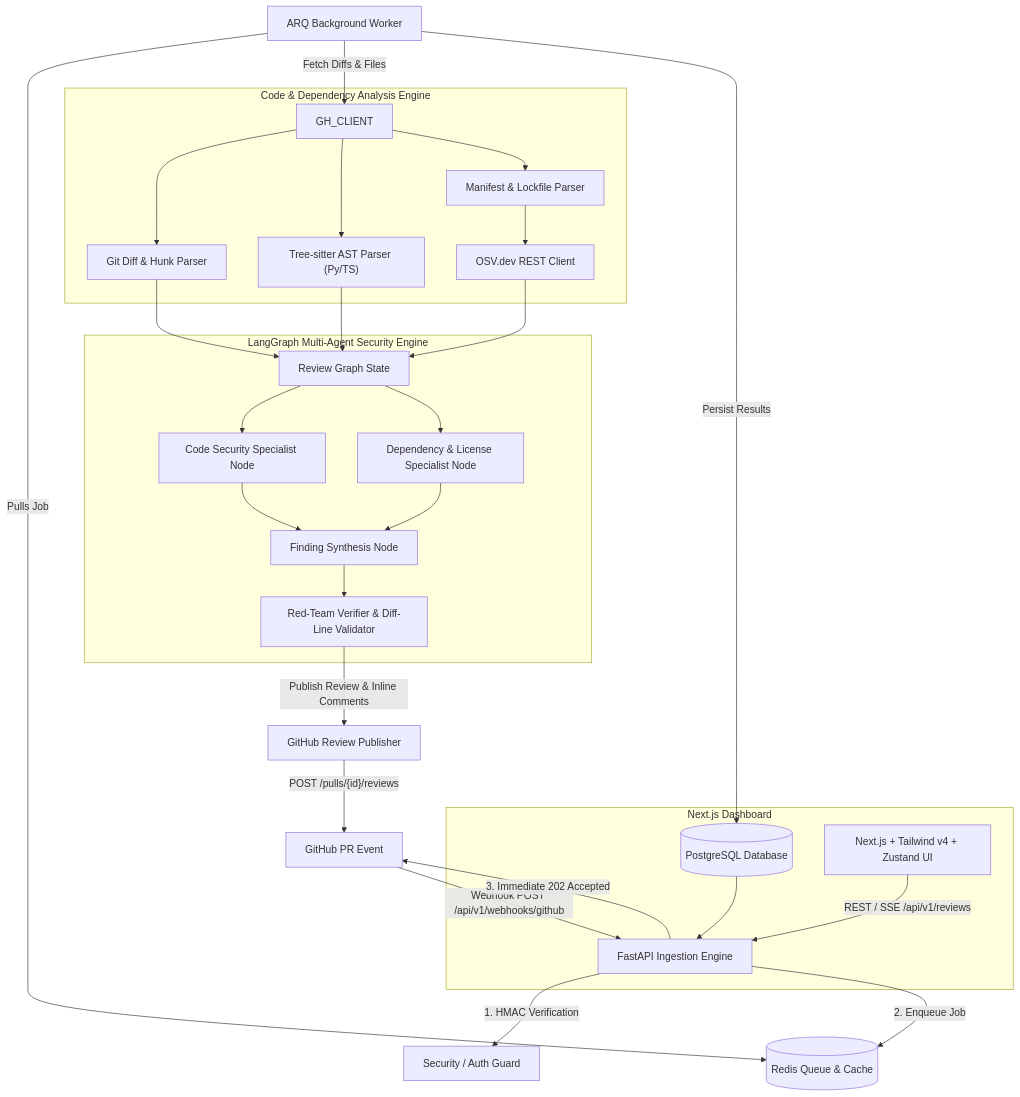
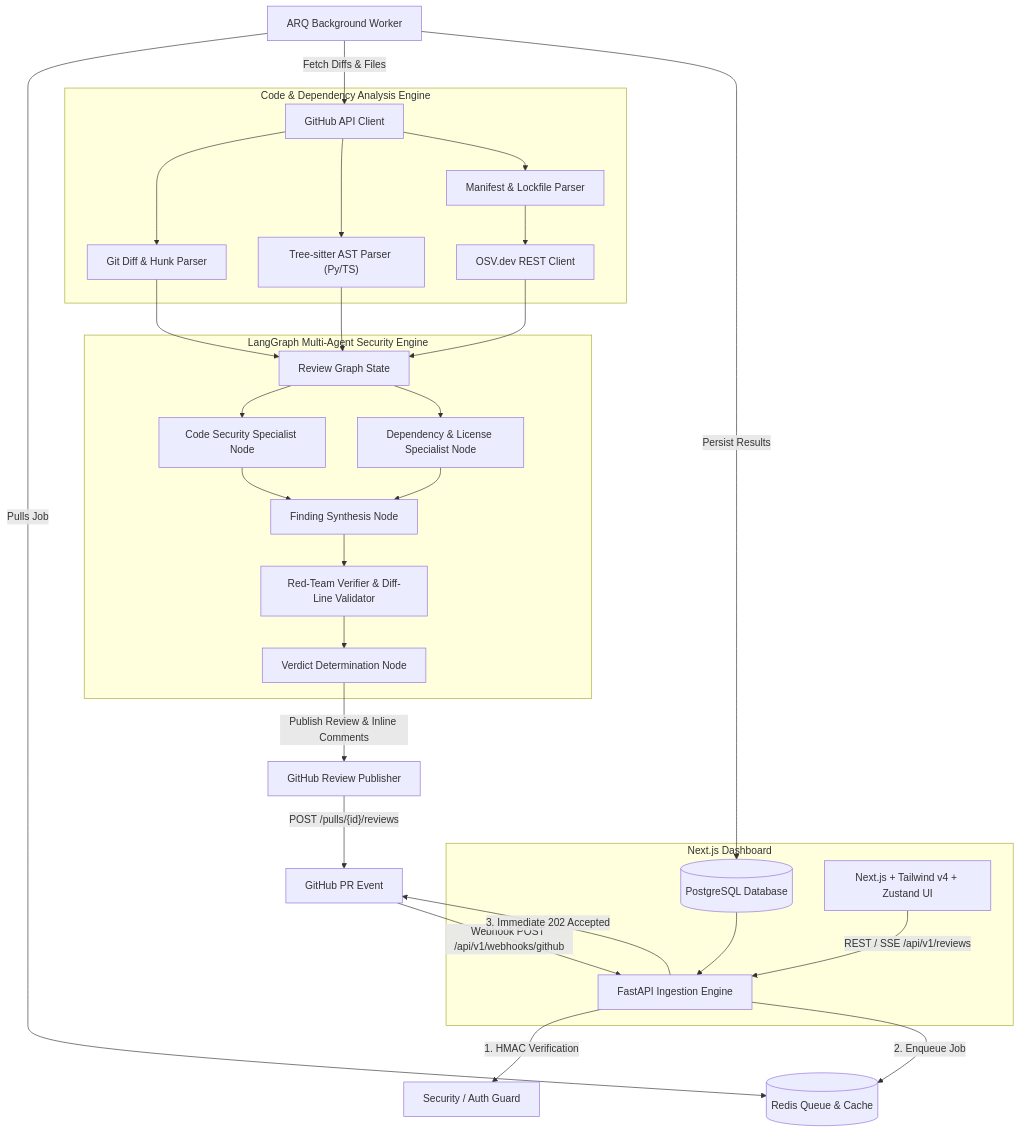
One commit to Vedant005/Anikastha changed the diagram in README.md. Above: the diagram before and after it, drawn with Mermaid. The commit also changed other lines of this file, not shown here.

````diff
--- a/README.md
+++ b/README.md
@@ -26,35 +27,36 @@
 ```mermaid
 flowchart TD
     GH[GitHub PR Event] -->|Webhook POST /api/v1/webhooks/github| API[FastAPI Ingestion Engine]
     API -->|1. HMAC Verification| SEC[Security / Auth Guard]
     API -->|2. Enqueue Job| REDIS[(Redis Queue & Cache)]
     API -->|3. Immediate 202 Accepted| GH
     
     WORKER[ARQ Background Worker] -->|Pulls Job| REDIS
     WORKER -->|Fetch Diffs & Files| GH_CLIENT[GitHub API Client]
     
     subgraph Analysis_Engine [Code & Dependency Analysis Engine]
-        GH_CLIENT["GH_CLIENT"] --> DIFF_P[Git Diff & Hunk Parser]
+        GH_CLIENT --> DIFF_P[Git Diff & Hunk Parser]
         GH_CLIENT --> TS_PARSER["Tree-sitter AST Parser (Py/TS)"]
         GH_CLIENT --> DEP_PARSER[Manifest & Lockfile Parser]
         DEP_PARSER --> OSV_CLIENT[OSV.dev REST Client]
     end
  
     subgraph LangGraph_Review [LangGraph Multi-Agent Security Engine]
         DIFF_P & TS_PARSER & OSV_CLIENT --> STATE[Review Graph State]
         STATE --> CODE_AGENT[Code Security Specialist Node]
         STATE --> DEP_AGENT[Dependency & License Specialist Node]
         CODE_AGENT & DEP_AGENT --> SYNTH[Finding Synthesis Node]
         SYNTH --> VERIFIER[Red-Team Verifier & Diff-Line Validator]
+        VERIFIER --> VERDICT[Verdict Determination Node]
     end
 
-    VERIFIER -->|Publish Review & Inline Comments| GH_PUB[GitHub Review Publisher]
+    VERDICT -->|Publish Review & Inline Comments| GH_PUB[GitHub Review Publisher]
     GH_PUB -->|"POST /pulls/{id}/reviews"| GH   
     
     WORKER -->|Persist Results| DB[(PostgreSQL Database)]
     
     subgraph Frontend_App [Next.js Dashboard]
         DASH[Next.js + Tailwind v4 + Zustand UI] -->|REST / SSE /api/v1/reviews| API
         DB --> API
     end
 ```
````
